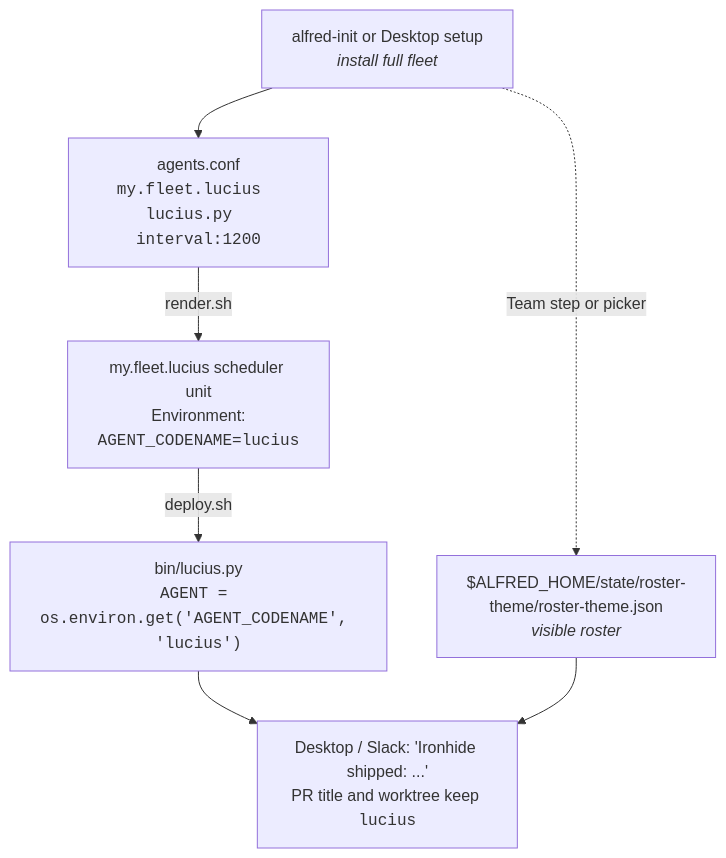
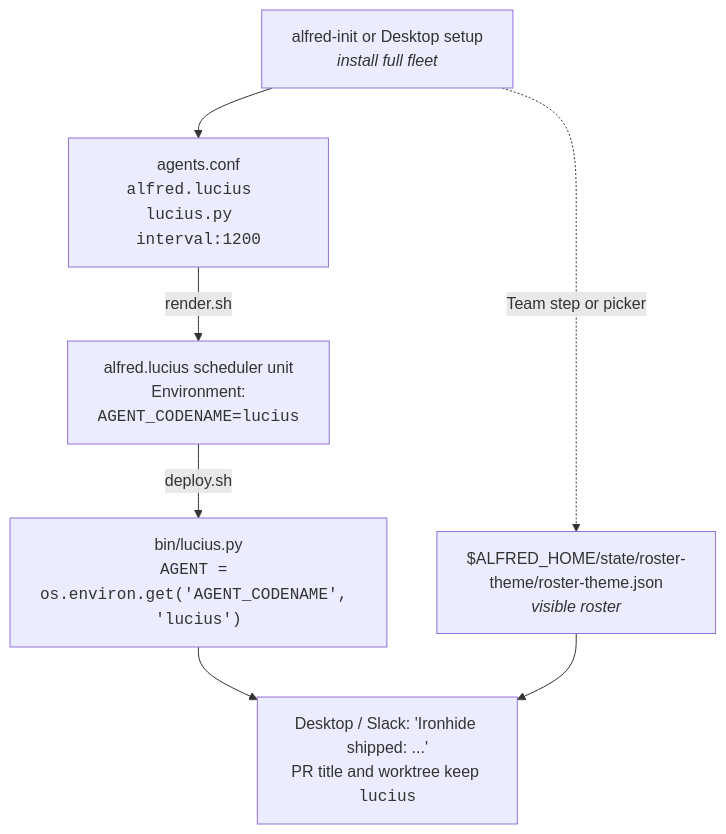
The diagram in site/src/content/docs/concepts/codename-pattern.md (luminik-io/alfred-os), drawn with Mermaid before and after one commit. The commit also changed other lines of this file and 21 other files, not shown here.

````diff
--- a/site/src/content/docs/concepts/codename-pattern.md
+++ b/site/src/content/docs/concepts/codename-pattern.md
@@ -91,16 +91,16 @@
 ```mermaid
 flowchart TB
     init["alfred-init or Desktop setup<br/><i>install full fleet</i>"]
-    conf["agents.conf<br/><code>my.fleet.lucius  lucius.py  interval:1200</code>"]
-    unit["my.fleet.lucius scheduler unit<br/>Environment:<br/><code>AGENT_CODENAME=lucius</code>"]
+    conf["agents.conf<br/><code>alfred.lucius  lucius.py  interval:1200</code>"]
+    unit["alfred.lucius scheduler unit<br/>Environment:<br/><code>AGENT_CODENAME=lucius</code>"]
     runner["bin/lucius.py<br/><code>AGENT = os.environ.get('AGENT_CODENAME', 'lucius')</code>"]
     theme["$ALFRED_HOME/state/roster-theme/roster-theme.json<br/><i>visible roster</i>"]
     output["Desktop / Slack: 'Ironhide shipped: ...'<br/>PR title and worktree keep <code>lucius</code>"]
 
     init --> conf
     conf -- "render.sh" --> unit
     unit -- "deploy.sh" --> runner
     init -. "Team step or picker" .-> theme
     runner --> output
     theme --> output
 ```
````
